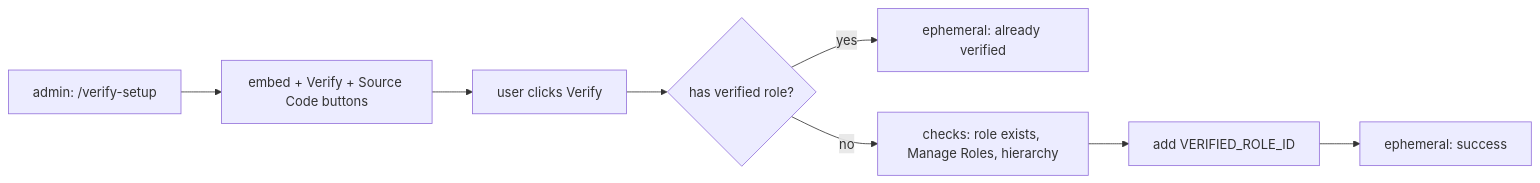
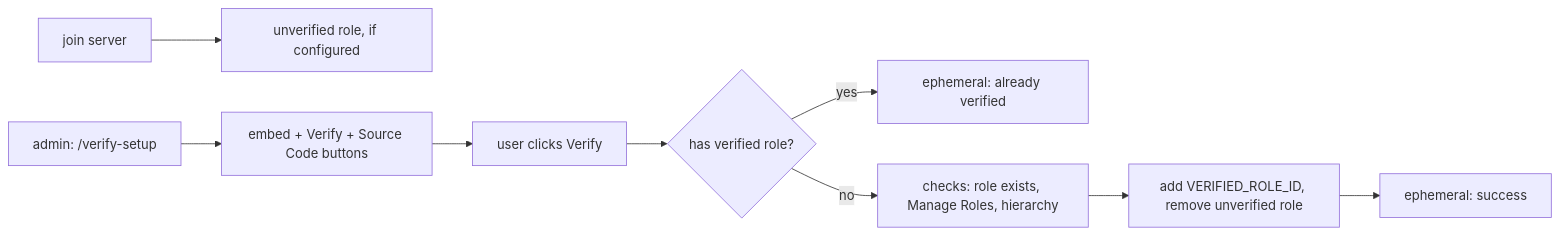
The diagram in README.md (HumanAnomaly/DiscordVerifier), drawn with Mermaid before and after one commit. The commit also changed other lines of this file and 9 other files, not shown here.

Commit message:
feat: add auto unverified role assignment on guild member join

````diff
--- a/README.md
+++ b/README.md
@@ -69,10 +78,11 @@
 ```mermaid
 flowchart LR
+    J[join server] --> U[unverified role, if configured]
     A[admin: /verify-setup] --> B[embed + Verify + Source Code buttons]
     B --> C[user clicks Verify]
     C --> D{has verified role?}
     D -->|yes| E[ephemeral: already verified]
     D -->|no| F[checks: role exists, Manage Roles, hierarchy]
-    F --> G[add VERIFIED_ROLE_ID]
+    F --> G[add VERIFIED_ROLE_ID, remove unverified role]
     G --> H[ephemeral: success]
 ```
````
